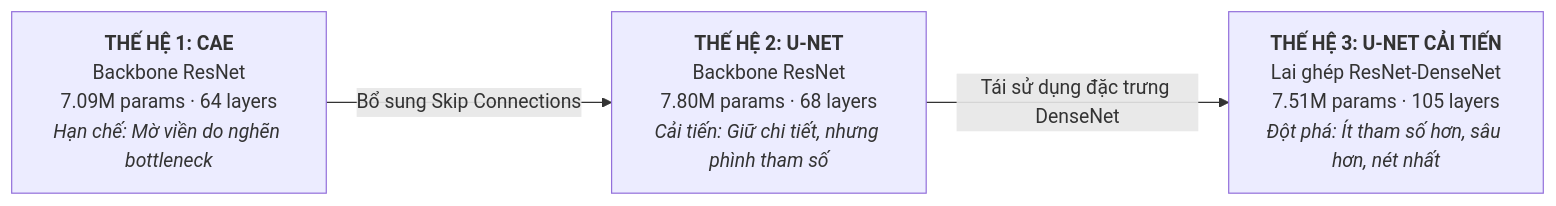
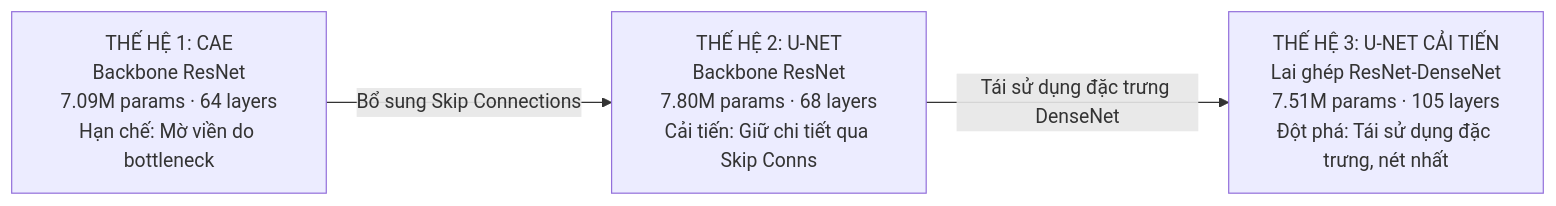
One commit to vinh-gogo/glory-hinody changed the first of 2 diagrams in content/posts/depth-estimation-cnn-ssrc.md. Above: the diagram before and after it, drawn with Mermaid. The commit also changed other lines of this file and 4 other files, not shown here.

Commit message:
fix(mermaid): resolve raw text diagram rendering across all posts and uncache footer partial

````diff
--- a/content/posts/depth-estimation-cnn-ssrc.md
+++ b/content/posts/depth-estimation-cnn-ssrc.md
@@ -78,6 +78,9 @@
 ```mermaid
 flowchart LR
-    M1["<b>THẾ HỆ 1: CAE</b><br/>Backbone ResNet<br/>7.09M params · 64 layers<br/><i>Hạn chế: Mờ viền do nghẽn bottleneck</i>"] 
-    -->|"Bổ sung Skip Connections"| M2["<b>THẾ HỆ 2: U-NET</b><br/>Backbone ResNet<br/>7.80M params · 68 layers<br/><i>Cải tiến: Giữ chi tiết, nhưng phình tham số</i>"]
-    -->|"Tái sử dụng đặc trưng DenseNet"| M3["<b>THẾ HỆ 3: U-NET CẢI TIẾN</b><br/>Lai ghép ResNet-DenseNet<br/>7.51M params · 105 layers<br/><i>Đột phá: Ít tham số hơn, sâu hơn, nét nhất</i>"]
+    M1["THẾ HỆ 1: CAE<br/>Backbone ResNet<br/>7.09M params · 64 layers<br/>Hạn chế: Mờ viền do bottleneck"]
+    M2["THẾ HỆ 2: U-NET<br/>Backbone ResNet<br/>7.80M params · 68 layers<br/>Cải tiến: Giữ chi tiết qua Skip Conns"]
+    M3["THẾ HỆ 3: U-NET CẢI TIẾN<br/>Lai ghép ResNet-DenseNet<br/>7.51M params · 105 layers<br/>Đột phá: Tái sử dụng đặc trưng, nét nhất"]
+
+    M1 -->|"Bổ sung Skip Connections"| M2
+    M2 -->|"Tái sử dụng đặc trưng DenseNet"| M3
 ```
````
